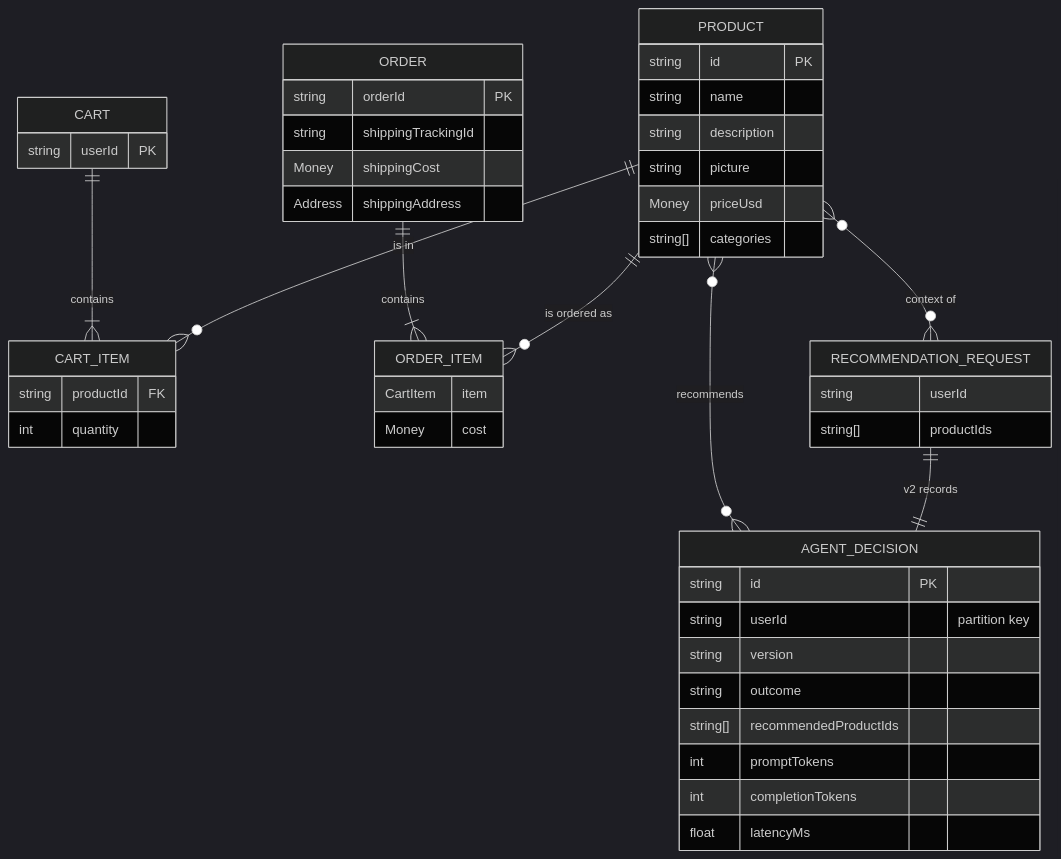
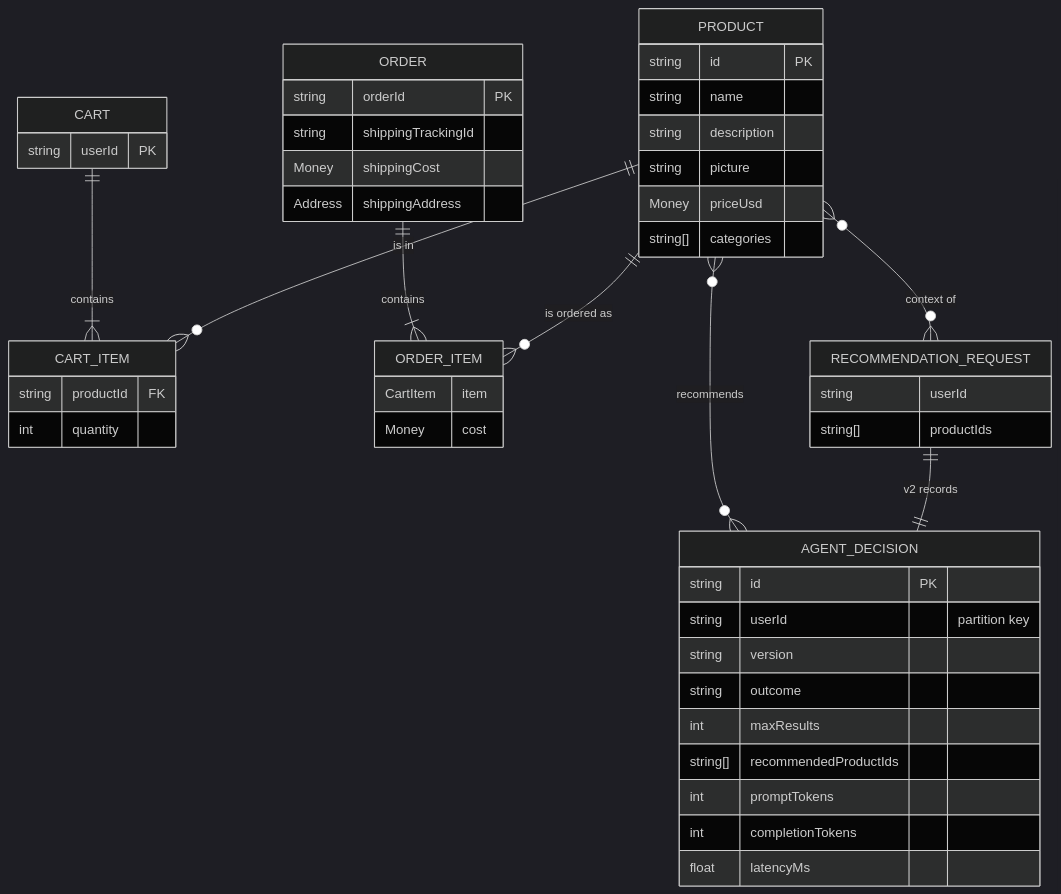
The diagram in docs/data-model.md (POC-Group-D/POC-Term-Project), drawn with Mermaid (dark theme) before and after one commit. The commit also changed other lines of this file and 10 other files, not shown here.

Commit message:
Count v2 gRPC errors in the canary, record max_results, and test API version 2 in the smoke test

````diff
--- a/docs/data-model.md
+++ b/docs/data-model.md
@@ -9,50 +9,51 @@
 ```mermaid
 erDiagram
     PRODUCT ||--o{ CART_ITEM : "is in"
     CART ||--|{ CART_ITEM : contains
     PRODUCT ||--o{ ORDER_ITEM : "is ordered as"
     ORDER ||--|{ ORDER_ITEM : contains
     PRODUCT }o--o{ RECOMMENDATION_REQUEST : "context of"
     RECOMMENDATION_REQUEST ||--|| AGENT_DECISION : "v2 records"
     AGENT_DECISION }o--o{ PRODUCT : recommends
 
     PRODUCT {
         string id PK
         string name
         string description
         string picture
         Money priceUsd
         string[] categories
     }
     CART {
         string userId PK
     }
     CART_ITEM {
         string productId FK
         int quantity
     }
     ORDER {
         string orderId PK
         string shippingTrackingId
         Money shippingCost
         Address shippingAddress
     }
     ORDER_ITEM {
         CartItem item
         Money cost
     }
     RECOMMENDATION_REQUEST {
         string userId
         string[] productIds
     }
     AGENT_DECISION {
         string id PK
         string userId "partition key"
         string version
         string outcome
+        int maxResults
         string[] recommendedProductIds
         int promptTokens
         int completionTokens
         float latencyMs
     }
 ```
````
